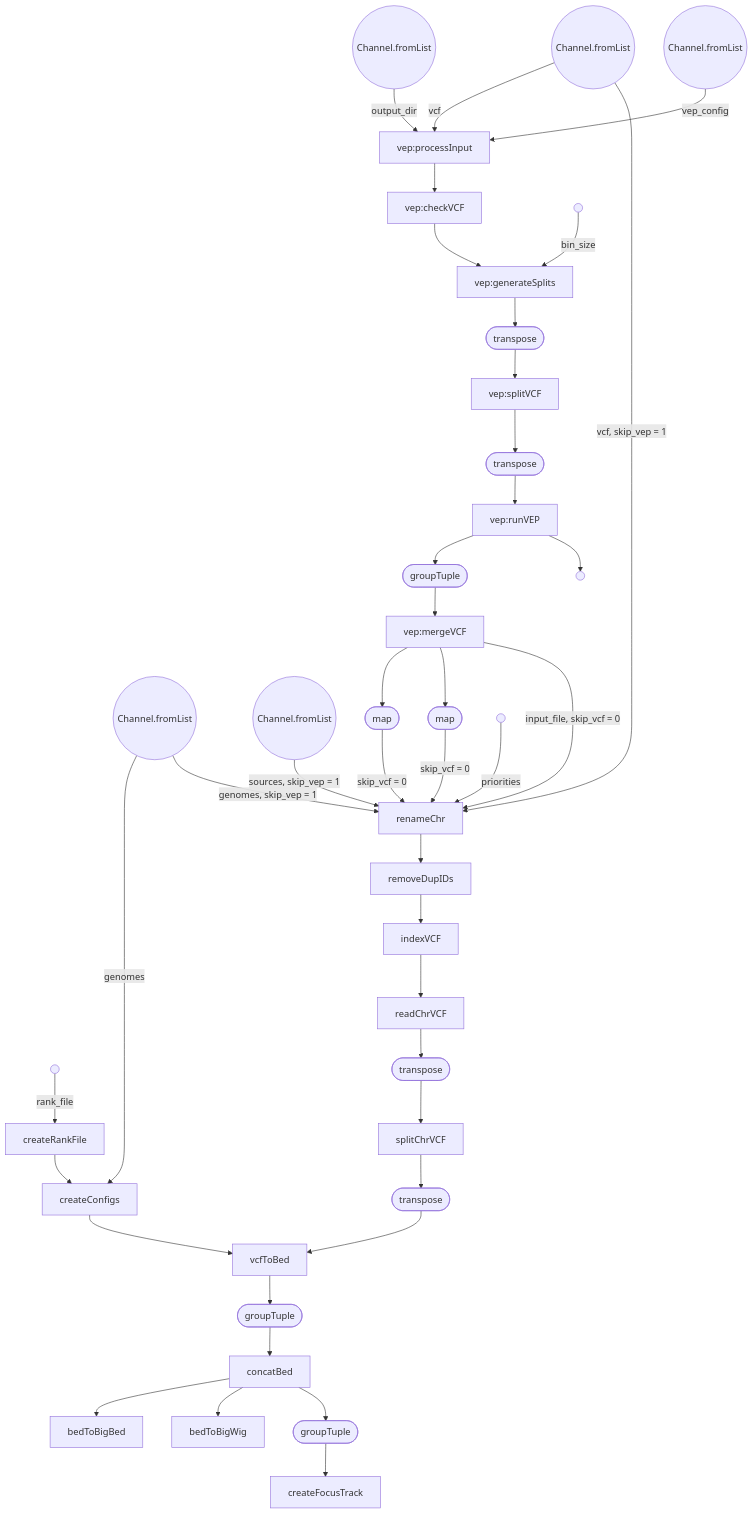
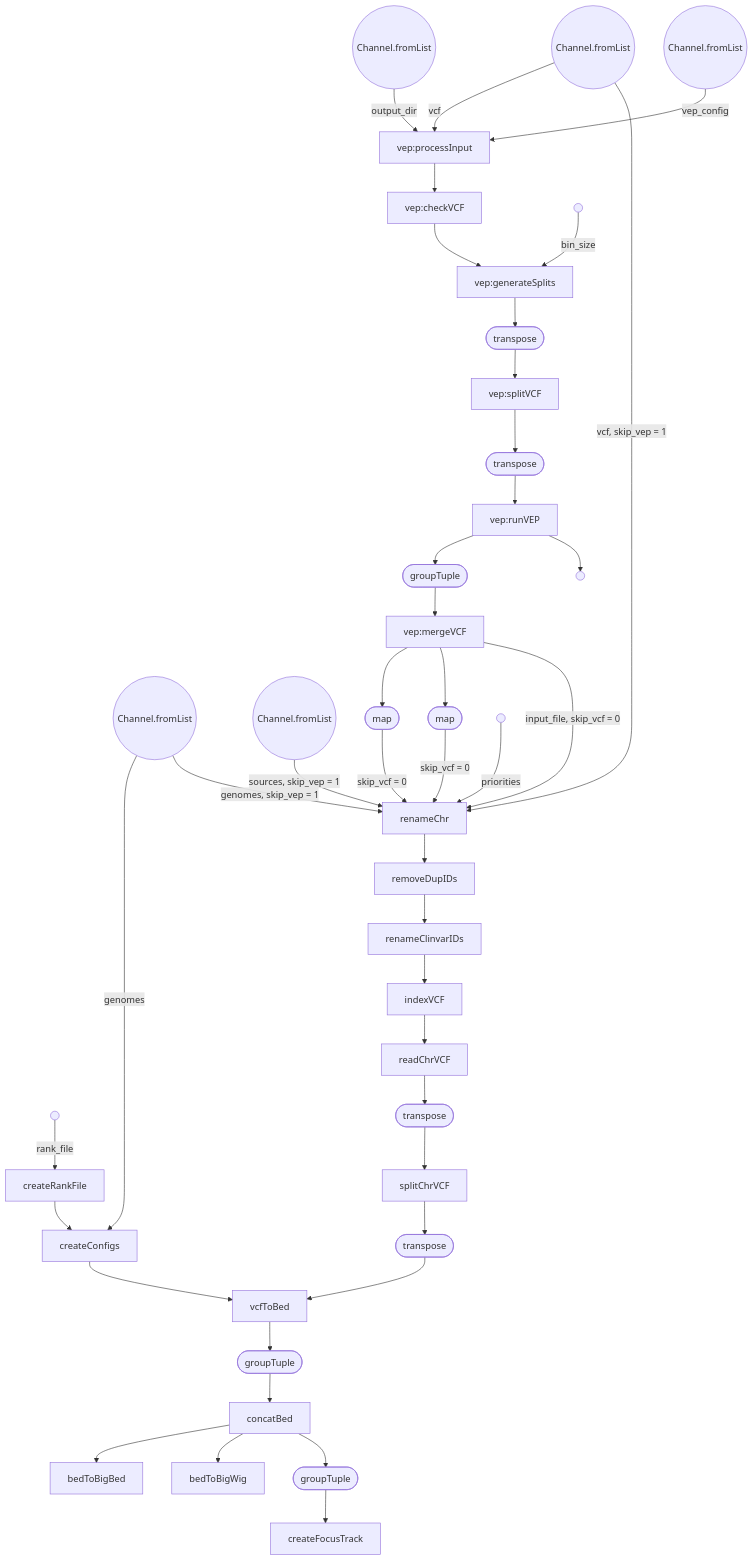
One commit to ainefairbrother/ensembl-variation-pipelines changed the diagram in README.md. Above: the diagram before and after it, drawn with Mermaid. The commit also changed other lines of this file, not shown here.

````diff
--- a/README.md
+++ b/README.md
@@ -164,78 +167,80 @@
 ```mermaid
 flowchart TD
     p0((Channel.fromList))
     p1((Channel.fromList))
     p2((Channel.fromList))
     p3((Channel.fromList))
     p4((Channel.fromList))
     p6(( ))
     p7[createRankFile]
     p8[createConfigs]
     p13[vep:processInput]
     p14[vep:checkVCF]
     p15(( ))
     p16[vep:generateSplits]
     p17([transpose])
     p18[vep:splitVCF]
     p19([transpose])
     p20[vep:runVEP]
     p21(( ))
     p22([groupTuple])
     p23[vep:mergeVCF]
     p24([map])
     p25([map])
     p26(( ))
     p27[renameChr]
     p28[removeDupIDs]
+    p9[renameClinvarIDs]
     p29[indexVCF]
     p30[readChrVCF]
     p31([transpose])
     p32[splitChrVCF]
     p33([transpose])
     p34[vcfToBed]
     p35([groupTuple])
     p36[concatBed]
     p37[bedToBigBed]
     p38[bedToBigWig]
     p39([groupTuple])
     p40[createFocusTrack]
     p1 -->|output_dir| p13
     p3 -->|genomes| p8
     p6 -->|rank_file| p7
     p7 --> p8
     p8 --> p34
     p0 -->|vcf| p13
     p2 -->|vep_config| p13
     p13 --> p14
     p14 --> p16
     p15 -->|bin_size| p16
     p16 --> p17
     p17 --> p18
     p18 --> p19
     p19 --> p20
     p20 --> p22
     p20 --> p21
     p22 --> p23
     p23 --> p24
     p24 -->|skip_vcf = 0| p27
     p23 --> p25
     p25 -->|skip_vcf = 0| p27
     p23 -->|input_file, skip_vcf = 0| p27
     p26 -->|priorities| p27
     p27 --> p28
-    p28 --> p29
+    p28 --> p9
+    p9 --> p29
     p29 --> p30
     p30 --> p31
     p31 --> p32
     p32 --> p33
     p33 --> p34
     p34 --> p35
     p35 --> p36
     p36 --> p37
     p36 --> p38
     p36 --> p39
     p39 --> p40
     p3 -->|genomes, skip_vep = 1| p27
     p4 -->|sources, skip_vep = 1| p27
     p0 -->|vcf, skip_vep = 1| p27
 ```
````
